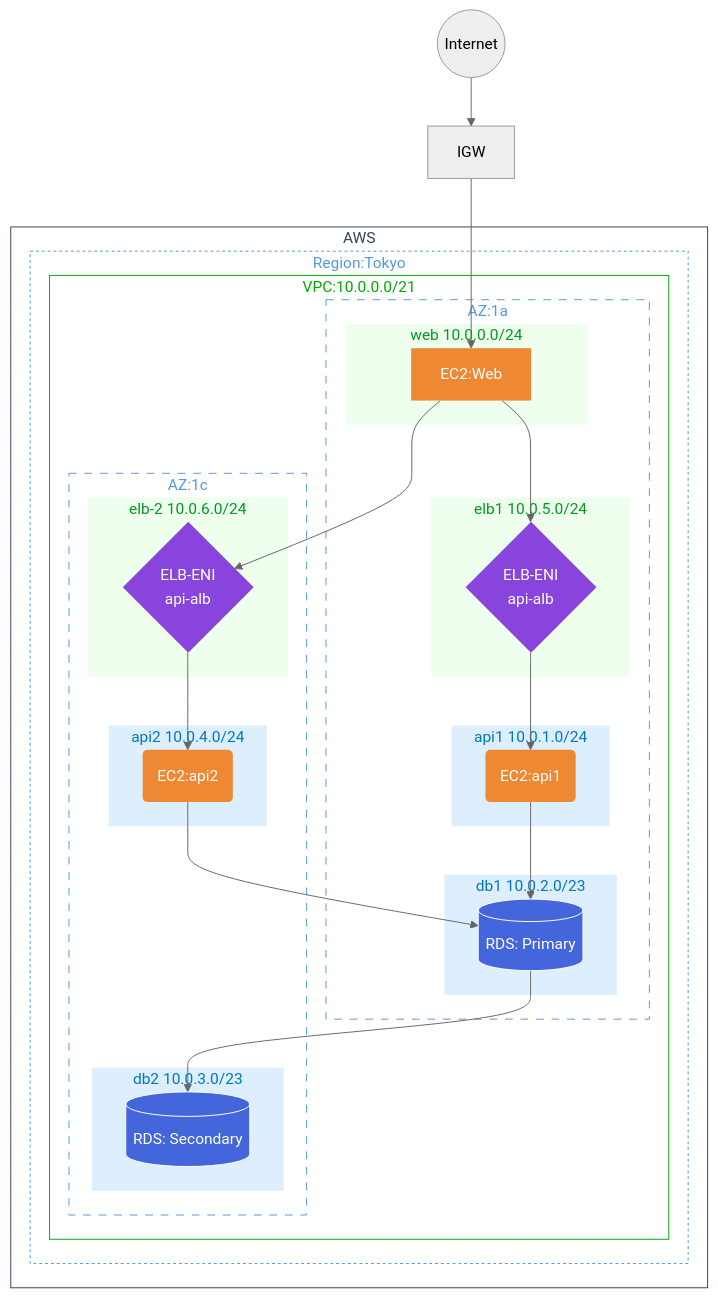
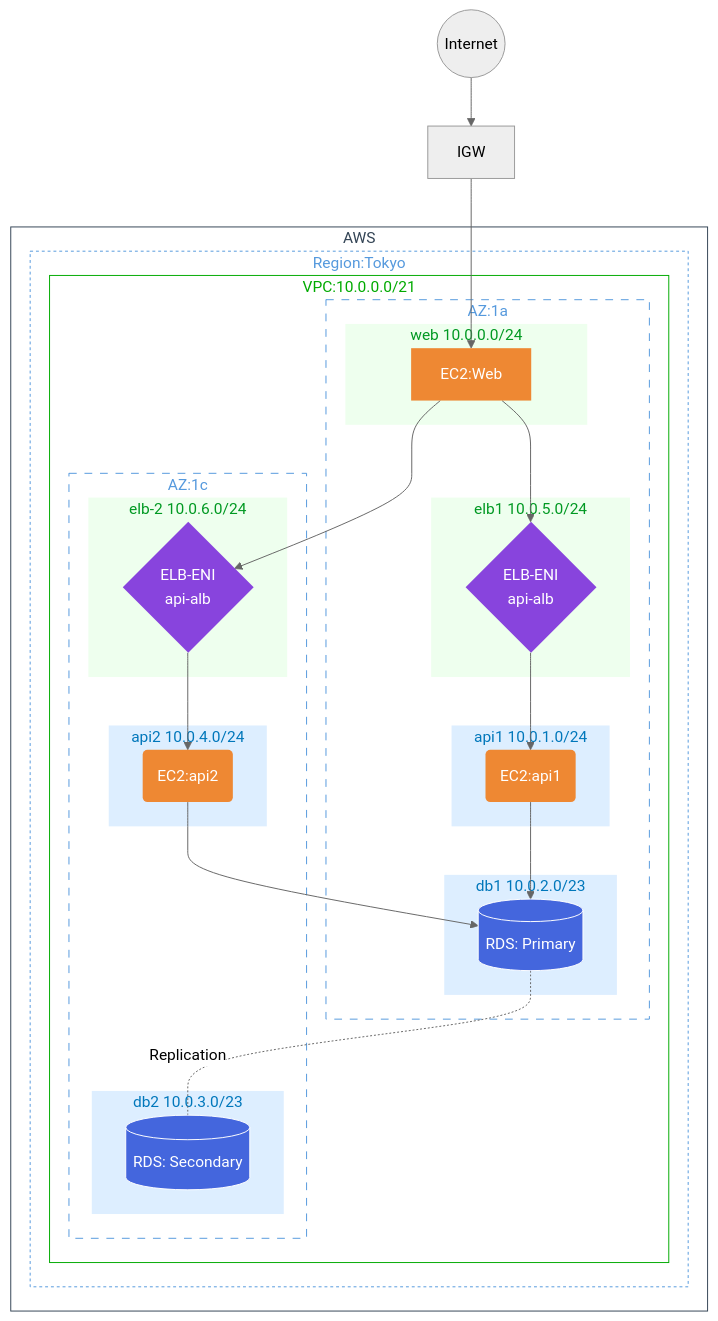
Before and after one commit to kuma8088/ct_sprints_iimura: the diagram in README.md, drawn with Mermaid (neutral theme).

Commit message:
Mermaid update

```diff
--- a/README.md
+++ b/README.md
@@ -61,7 +61,7 @@
 NW2 --> CP3
 CP2 --> DB1
 CP3 --> DB1
-DB1 --> DB2
+DB1 -.- |Replication| DB2
 
 %%---スタイルの設定---
 %%AWS Cloudのスタイル
```
